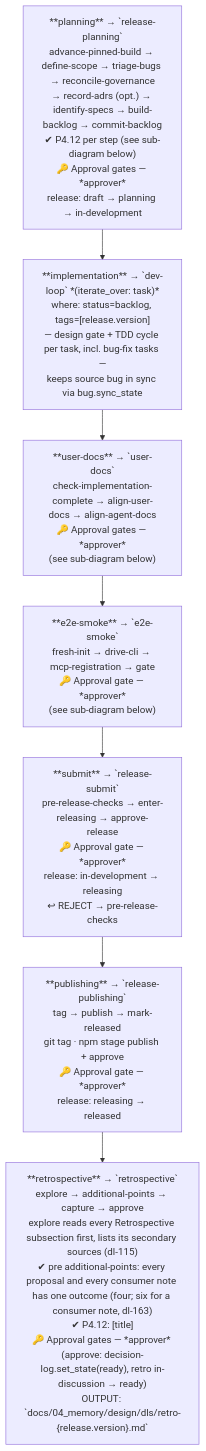
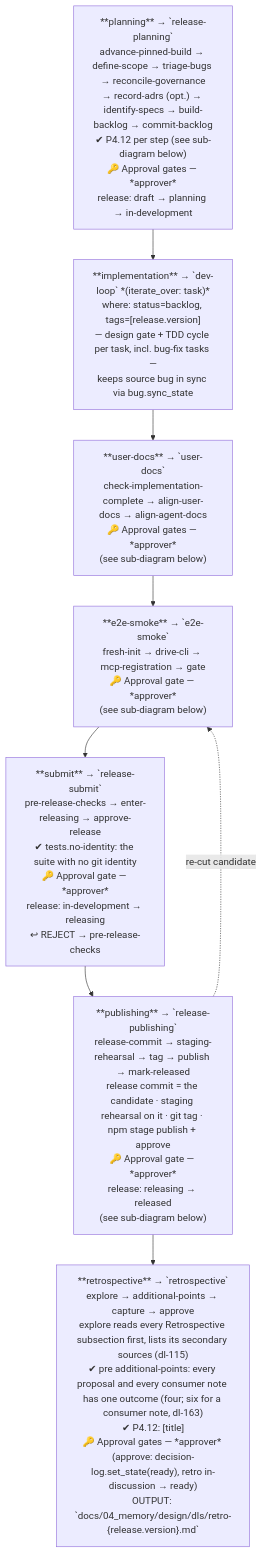
One commit to wingfoil/wingfoil changed the eighth of 25 diagrams in .wingfoil/WORKFLOW.md. Above: the diagram before and after it, drawn with Mermaid. The commit also changed other lines of this file and 10 other files, not shown here.

First line of the commit message:
feat(release): task-219 — the release candidate: staging-rehearsal phase, re-cut re-entry, e2e-smoke --candidate, no-identity suite before the tag

````diff
--- a/.wingfoil/WORKFLOW.md
+++ b/.wingfoil/WORKFLOW.md
@@ -188,18 +188,19 @@
 ```mermaid
 flowchart TD
     RP["**planning** → `release-planning`\nadvance-pinned-build → define-scope → triage-bugs → reconcile-governance\n→ record-adrs (opt.) → identify-specs → build-backlog → commit-backlog\n✔ P4.12 per step (see sub-diagram below)\n🔑 Approval gates — *approver*\nrelease: draft → planning → in-development"]
 
     DL["**implementation** → `dev-loop` *(iterate_over: task)*\nwhere: status=backlog, tags=[release.version]\n— design gate + TDD cycle per task, incl. bug-fix tasks —\nkeeps source bug in sync via bug.sync_state"]
 
     UD["**user-docs** → `user-docs`\ncheck-implementation-complete → align-user-docs → align-agent-docs\n🔑 Approval gates — *approver*\n(see sub-diagram below)"]
 
     ES["**e2e-smoke** → `e2e-smoke`\nfresh-init → drive-cli → mcp-registration → gate\n🔑 Approval gate — *approver*\n(see sub-diagram below)"]
 
-    RS["**submit** → `release-submit`\npre-release-checks → enter-releasing → approve-release\n🔑 Approval gate — *approver*\nrelease: in-development → releasing\n↩ REJECT → pre-release-checks"]
+    RS["**submit** → `release-submit`\npre-release-checks → enter-releasing → approve-release\n✔ tests.no-identity: the suite with no git identity\n🔑 Approval gate — *approver*\nrelease: in-development → releasing\n↩ REJECT → pre-release-checks"]
 
-    RP2["**publishing** → `release-publishing`\ntag → publish → mark-released\ngit tag · npm stage publish + approve\n🔑 Approval gate — *approver*\nrelease: releasing → released"]
+    RP2["**publishing** → `release-publishing`\nrelease-commit → staging-rehearsal → tag → publish → mark-released\nrelease commit = the candidate · staging rehearsal on it · git tag · npm stage publish + approve\n🔑 Approval gate — *approver*\nrelease: releasing → released\n(see sub-diagram below)"]
 
     RT["**retrospective** → `retrospective`\nexplore → additional-points → capture → approve\nexplore reads every Retrospective subsection first, lists its secondary sources (dl-115)\n✔ pre additional-points: every proposal and every consumer note has one outcome (four; six for a consumer note, dl-163)\n✔ P4.12: [title]\n🔑 Approval gates — *approver* (approve: decision-log.set_state(ready), retro in-discussion → ready)\nOUTPUT: `docs/04_memory/design/dls/retro-{release.version}.md`"]
 
     RP --> DL --> UD --> ES --> RS --> RP2 --> RT
+    RP2 -.->|re-cut candidate| ES
 ```
````
